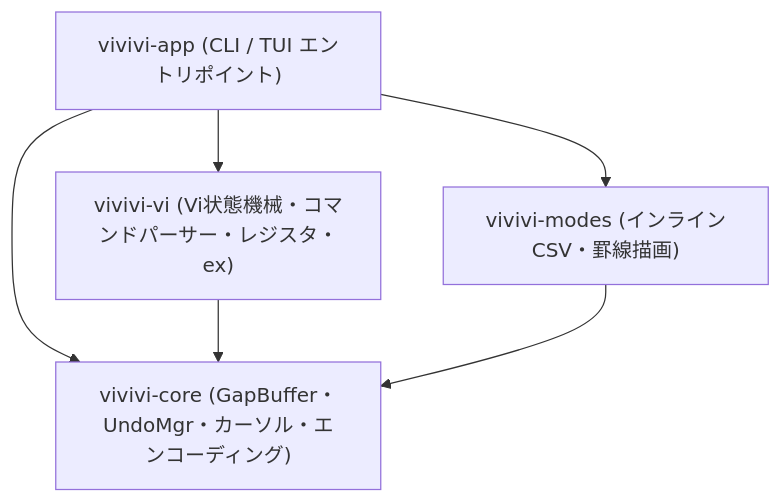
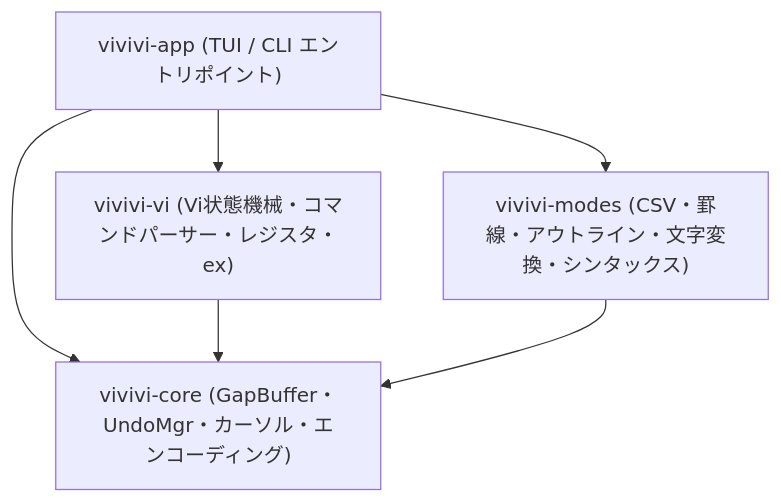
The diagram in README_JA.md (tkshnkgwr/vivivi), drawn with Mermaid before and after one commit. The commit also changed other lines of this file and 34 other files, not shown here.

````diff
--- a/README_JA.md
+++ b/README_JA.md
@@ -48,13 +57,13 @@
 ```mermaid
 graph TD
-    App["vivivi-app (CLI / TUI エントリポイント)"]
+    App["vivivi-app (TUI / CLI エントリポイント)"]
     Core["vivivi-core (GapBuffer・UndoMgr・カーソル・エンコーディング)"]
     Vi["vivivi-vi (Vi状態機械・コマンドパーサー・レジスタ・ex)"]
-    Modes["vivivi-modes (インラインCSV・罫線描画)"]
+    Modes["vivivi-modes (CSV・罫線・アウトライン・文字変換・シンタックス)"]
 
     App --> Vi
     App --> Modes
     App --> Core
     Vi --> Core
     Modes --> Core
 ```
````
